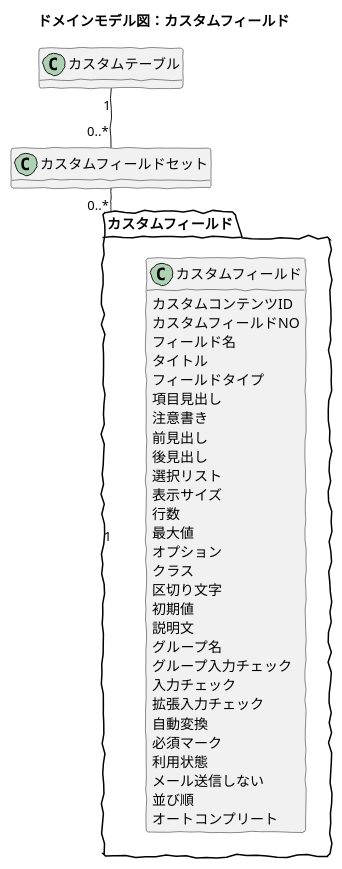
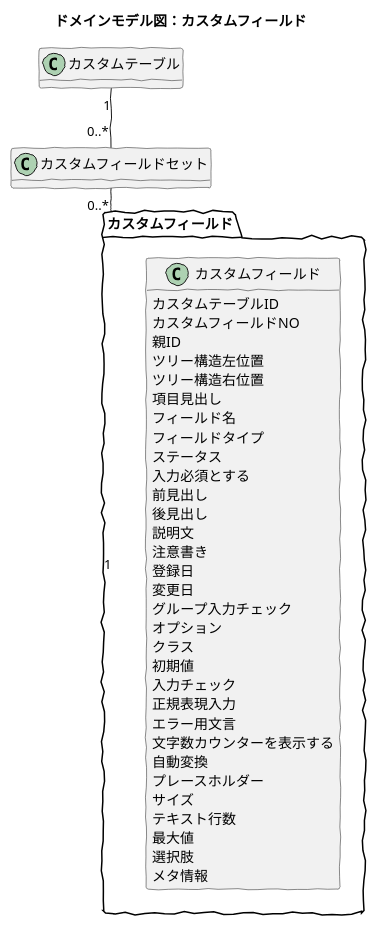
The diagram in src/puml/5/ucmitz/svg/domain_model/bc-custom-content/custom_fields.puml (baserproject/baserproject.github.io), drawn with PlantUML before and after one commit. The commit also changed 3 other files, not shown here.

```diff
--- a/src/puml/5/ucmitz/svg/domain_model/bc-custom-content/custom_fields.puml
+++ b/src/puml/5/ucmitz/svg/domain_model/bc-custom-content/custom_fields.puml
@@ -1,46 +1,49 @@
 @startuml
 skinparam handwritten true
 skinparam backgroundColor white
 hide method
 
 title ドメインモデル図：カスタムフィールド
 
 package カスタムフィールド {
 	
 	class カスタムフィールド {
-		カスタムコンテンツID
+		カスタムテーブルID
 		カスタムフィールドNO
+		親ID
+		ツリー構造左位置
+		ツリー構造右位置
+		項目見出し
 		フィールド名
-		タイトル
 		フィールドタイプ
-		項目見出し
-		注意書き
+		ステータス
+		入力必須とする
 		前見出し
 		後見出し
-		選択リスト
-		表示サイズ
-		行数
-		最大値
+		説明文
+		注意書き
+		登録日
+		変更日
+		グループ入力チェック
 		オプション
 		クラス
-		区切り文字
 		初期値
-		説明文
-		グループ名
-		グループ入力チェック
 		入力チェック
-		拡張入力チェック
+		正規表現入力
+		エラー用文言
+		文字数カウンターを表示する
 		自動変換
-		必須マーク
-		利用状態
-		メール送信しない
-		並び順
-		オートコンプリート
+		プレースホルダー
+		サイズ
+		テキスト行数
+		最大値
+		選択肢
+		メタ情報
 	}
 
 }
 
 カスタムフィールド "1" -up- "0..*" カスタムフィールドセット
 カスタムフィールドセット "0..*" -up- "1" カスタムテーブル
 
 @enduml
```
